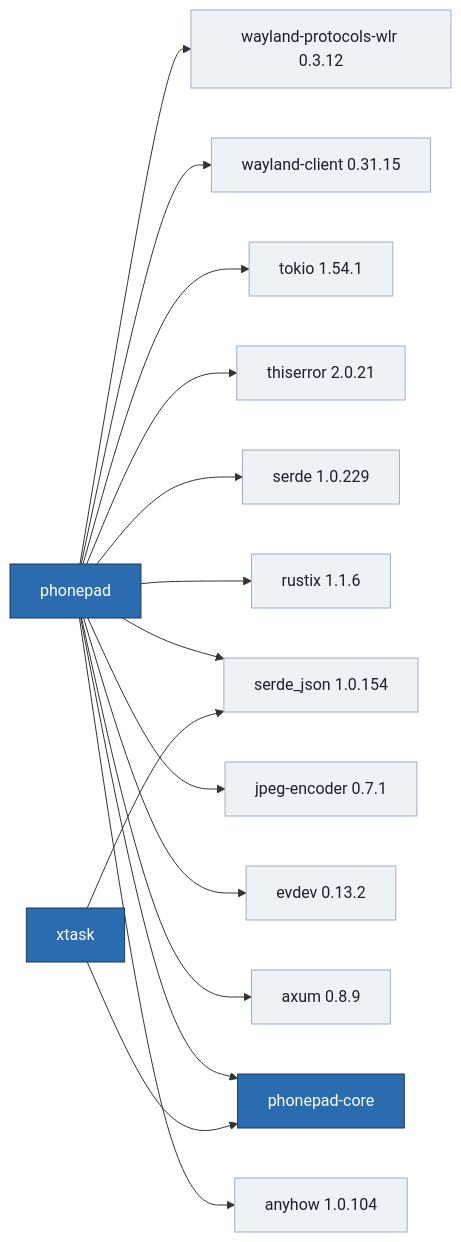
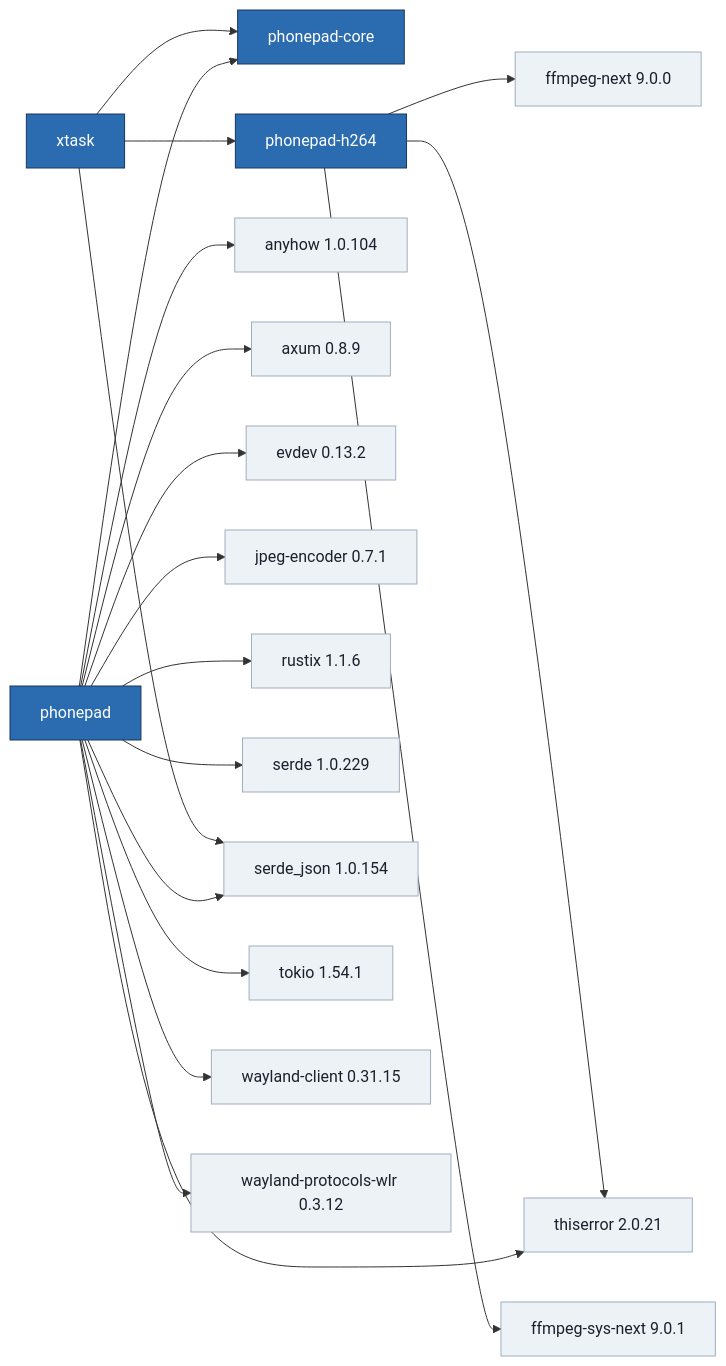
The diagram in docs/views/crate-graph.mmd (igouss/phonepad), drawn with Mermaid before and after one commit. The commit also changed 9 other files, not shown here.

```diff
--- a/docs/views/crate-graph.mmd
+++ b/docs/views/crate-graph.mmd
@@ -1,31 +1,38 @@
 flowchart LR
   classDef workspace fill:#2b6cb0,stroke:#1a365d,color:#ffffff
   classDef external fill:#edf2f7,stroke:#a0aec0,color:#1a202c
   c_phonepad["phonepad"]:::workspace
   c_phonepad_core["phonepad-core"]:::workspace
+  c_phonepad_h264["phonepad-h264"]:::workspace
   c_xtask["xtask"]:::workspace
   c_anyhow_1_0_104["anyhow 1.0.104"]:::external
   c_axum_0_8_9["axum 0.8.9"]:::external
   c_evdev_0_13_2["evdev 0.13.2"]:::external
+  c_ffmpeg_next_9_0_0["ffmpeg-next 9.0.0"]:::external
+  c_ffmpeg_sys_next_9_0_1["ffmpeg-sys-next 9.0.1"]:::external
   c_jpeg_encoder_0_7_1["jpeg-encoder 0.7.1"]:::external
   c_rustix_1_1_6["rustix 1.1.6"]:::external
   c_serde_1_0_229["serde 1.0.229"]:::external
   c_serde_json_1_0_154["serde_json 1.0.154"]:::external
   c_thiserror_2_0_21["thiserror 2.0.21"]:::external
   c_tokio_1_54_1["tokio 1.54.1"]:::external
   c_wayland_client_0_31_15["wayland-client 0.31.15"]:::external
   c_wayland_protocols_wlr_0_3_12["wayland-protocols-wlr 0.3.12"]:::external
   c_phonepad --> c_anyhow_1_0_104
   c_phonepad --> c_axum_0_8_9
   c_phonepad --> c_evdev_0_13_2
   c_phonepad --> c_jpeg_encoder_0_7_1
   c_phonepad --> c_phonepad_core
   c_phonepad --> c_rustix_1_1_6
   c_phonepad --> c_serde_1_0_229
   c_phonepad --> c_serde_json_1_0_154
   c_phonepad --> c_thiserror_2_0_21
   c_phonepad --> c_tokio_1_54_1
   c_phonepad --> c_wayland_client_0_31_15
   c_phonepad --> c_wayland_protocols_wlr_0_3_12
+  c_phonepad_h264 --> c_ffmpeg_next_9_0_0
+  c_phonepad_h264 --> c_ffmpeg_sys_next_9_0_1
+  c_phonepad_h264 --> c_thiserror_2_0_21
   c_xtask --> c_phonepad_core
+  c_xtask --> c_phonepad_h264
   c_xtask --> c_serde_json_1_0_154
```
